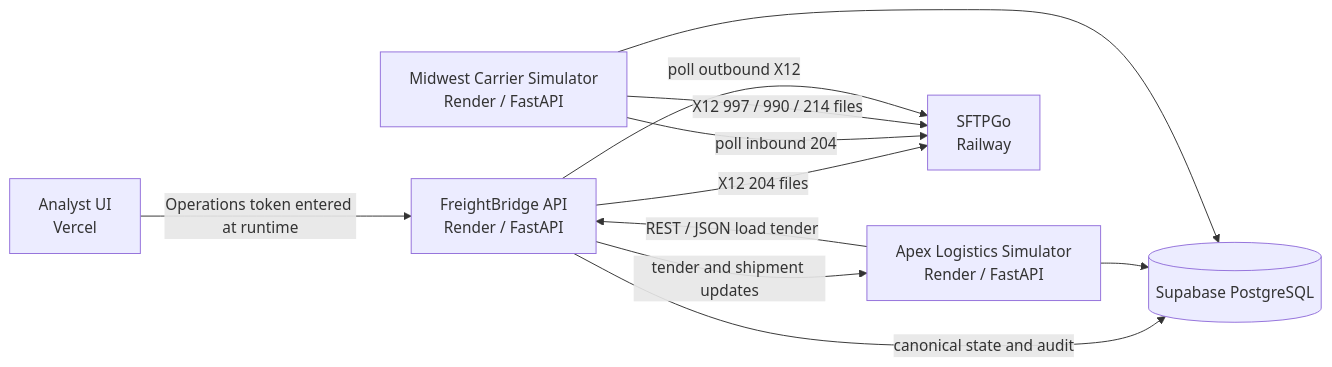
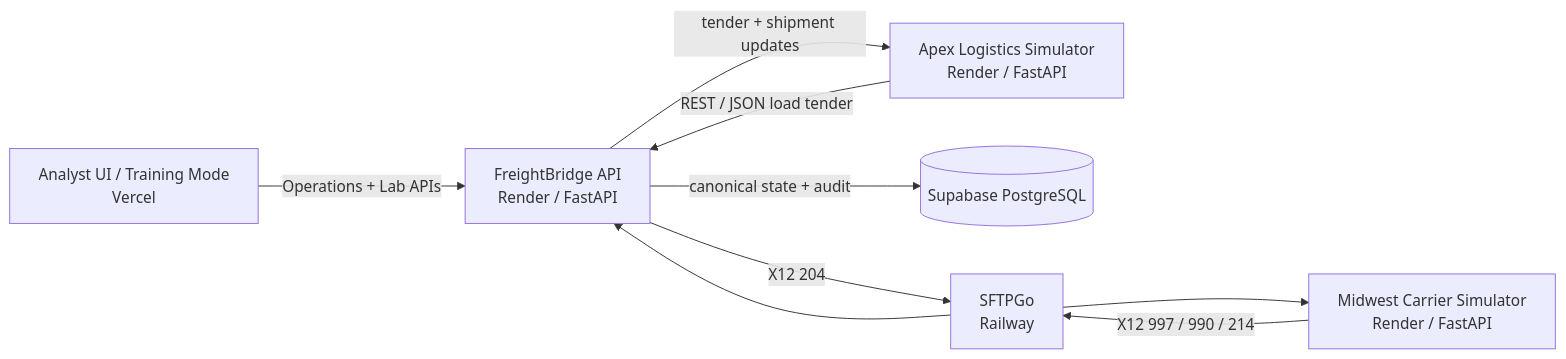
One commit to Ryandeboss/FreightBridge changed the diagram in docs/portfolio/final-mvp-summary.md. Above: the diagram before and after it, drawn with Mermaid. The commit also changed other lines of this file, not shown here.

````diff
--- a/docs/portfolio/final-mvp-summary.md
+++ b/docs/portfolio/final-mvp-summary.md
@@ -19,20 +33,18 @@
 ```mermaid
 flowchart LR
-  UI[Analyst UI<br/>Vercel]
+  UI[Analyst UI / Training Mode<br/>Vercel]
   FB[FreightBridge API<br/>Render / FastAPI]
   Apex[Apex Logistics Simulator<br/>Render / FastAPI]
   Midwest[Midwest Carrier Simulator<br/>Render / FastAPI]
   DB[(Supabase PostgreSQL)]
   SFTP[SFTPGo<br/>Railway]
 
-  UI -->|Operations token entered at runtime| FB
+  UI -->|Operations + Lab APIs| FB
   Apex -->|REST / JSON load tender| FB
-  FB -->|canonical state and audit| DB
-  FB -->|X12 204 files| SFTP
-  Midwest -->|poll inbound 204| SFTP
-  Midwest -->|X12 997 / 990 / 214 files| SFTP
-  FB -->|poll outbound X12| SFTP
-  FB -->|tender and shipment updates| Apex
-  Apex --> DB
-  Midwest --> DB
+  FB -->|canonical state + audit| DB
+  FB -->|X12 204| SFTP
+  SFTP --> Midwest
+  Midwest -->|X12 997 / 990 / 214| SFTP
+  SFTP --> FB
+  FB -->|tender + shipment updates| Apex
 ```
````
